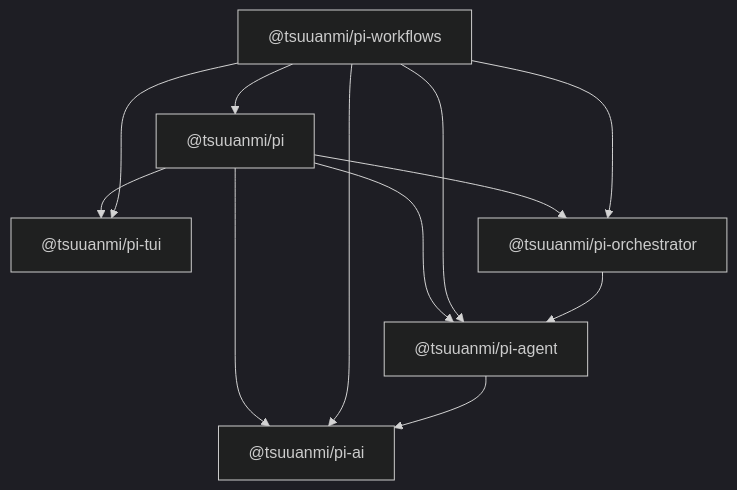
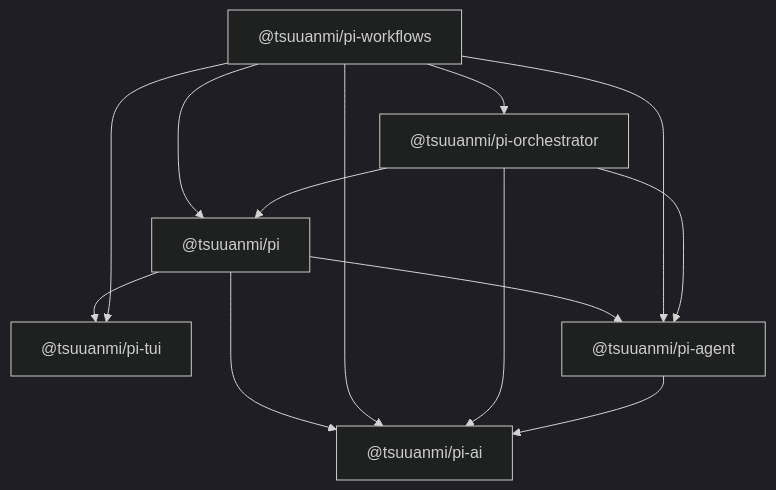
One commit to tsuuanmi/pi changed the diagram in docs/architecture/package-boundaries.md. Above: the diagram before and after it, drawn with Mermaid (dark theme). The commit also changed other lines of this file and 156 other files, not shown here.

````diff
--- a/docs/architecture/package-boundaries.md
+++ b/docs/architecture/package-boundaries.md
@@ -23,21 +23,22 @@
 ```mermaid
 flowchart TD
   pi["@tsuuanmi/pi"]
   workflows["@tsuuanmi/pi-workflows"]
   tui["@tsuuanmi/pi-tui"]
   orchestrator["@tsuuanmi/pi-orchestrator"]
   agent["@tsuuanmi/pi-agent"]
   ai["@tsuuanmi/pi-ai"]
 
   pi --> ai
   pi --> agent
   pi --> tui
-  pi --> orchestrator
   workflows --> ai
   workflows --> agent
   workflows --> orchestrator
   workflows --> tui
   workflows --> pi
+  orchestrator --> pi
+  orchestrator --> ai
   orchestrator --> agent
   agent --> ai
 ```
````
